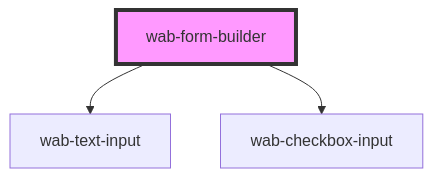
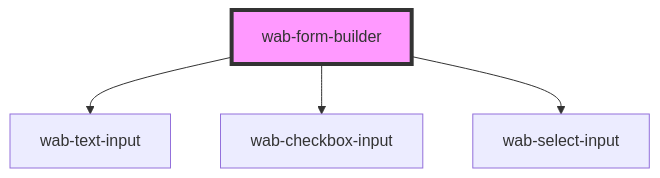
One commit to Web-Artisan-Bros/wab-components changed the diagram in packages/stencil-library/src/components/form-builder/readme.md. Above: the diagram before and after it, drawn with Mermaid. The commit also changed other lines of this file and 161 other files, not shown here.

````diff
--- a/packages/stencil-library/src/components/form-builder/readme.md
+++ b/packages/stencil-library/src/components/form-builder/readme.md
@@ -48,6 +62,7 @@
 ```mermaid
 graph TD;
   wab-form-builder --> wab-text-input
   wab-form-builder --> wab-checkbox-input
+  wab-form-builder --> wab-select-input
   style wab-form-builder fill:#f9f,stroke:#333,stroke-width:4px
 ```
````
